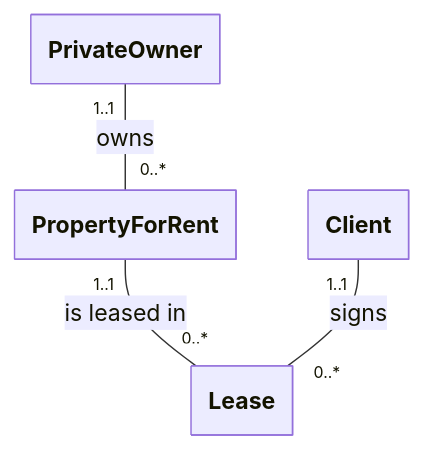
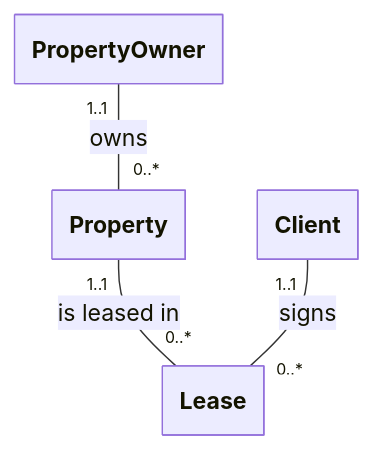
One commit to Kaltsoon/data-management-and-databases changed the fourth of 4 diagrams in slidev/01-introduction-to-databases.md. Above: the diagram before and after it, drawn with Mermaid. The commit also changed other lines of this file and 4 other files, not shown here.

````diff
--- a/slidev/01-introduction-to-databases.md
+++ b/slidev/01-introduction-to-databases.md
@@ -248,19 +255,19 @@
 ```mermaid
 ---
   config:
     class:
       hideEmptyMembersBox: true
 ---
 
 classDiagram
     direction TB
 
-    class PrivateOwner
-    class PropertyForRent
+    class PropertyOwner
+    class Property
     class Lease
     class Client
 
-    PrivateOwner "1..1" -- "0..*" PropertyForRent : owns
-    PropertyForRent "1..1" -- "0..*" Lease : is leased in
+    PropertyOwner "1..1" -- "0..*" Property : owns
+    Property "1..1" -- "0..*" Lease : is leased in
     Client "1..1" -- "0..*" Lease : signs
 ```
````
